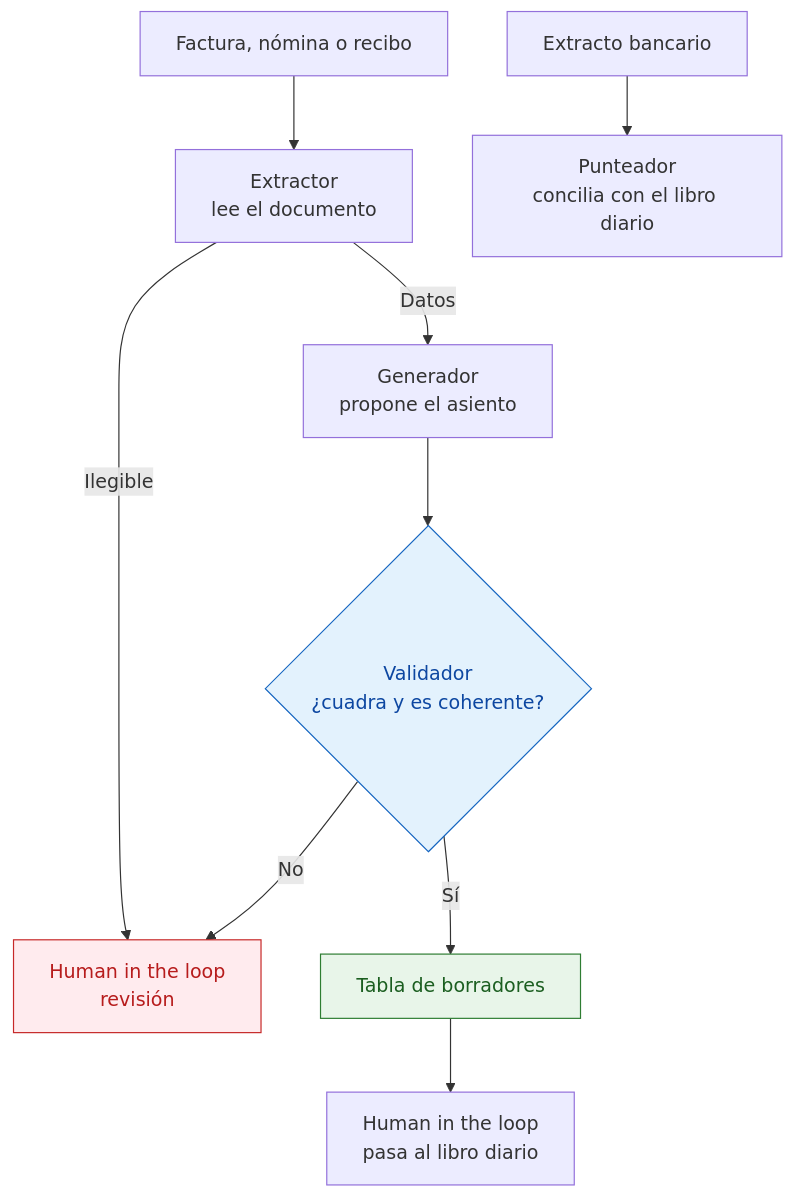
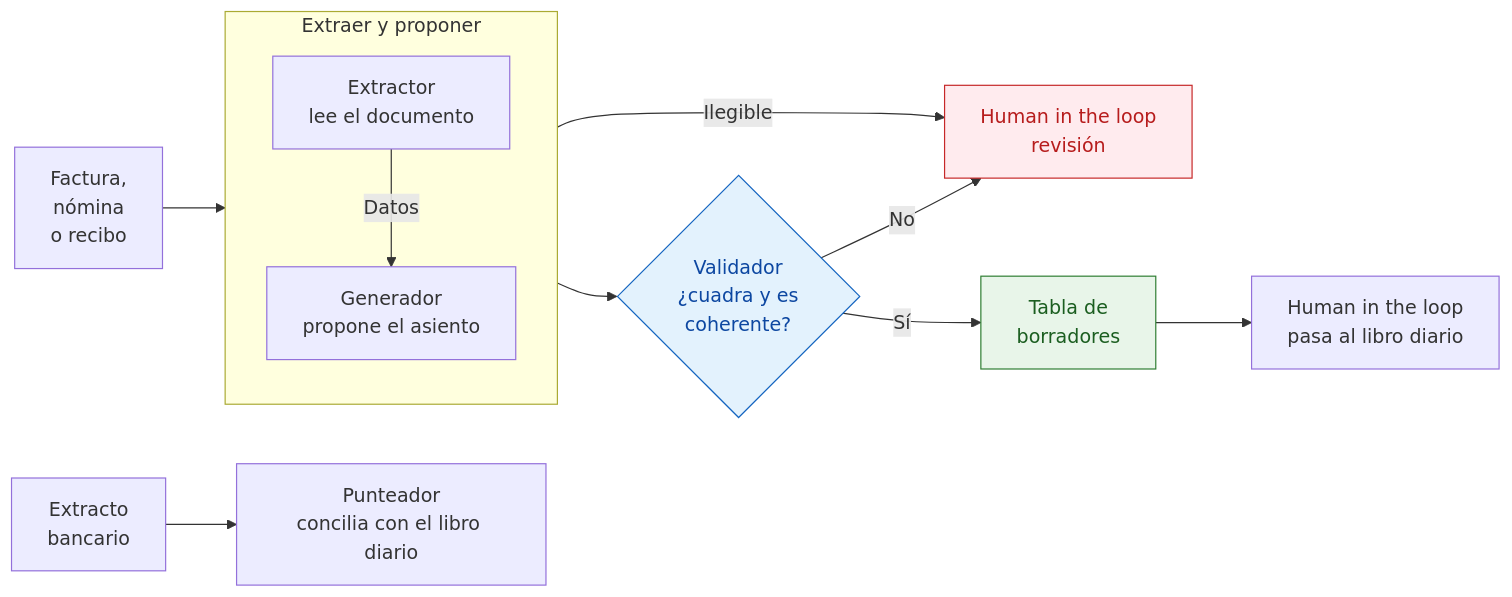
Before and after one commit to jleonceo/accounting-agent-swarm: the diagram in README.md, drawn with Mermaid. The commit also changed 1 other file, not shown here.

Commit message:
Esquema: pasa a horizontal para que ocupe menos de una pantalla
Iba de arriba abajo y ocupaba más de 1.000 píxeles de alto. Ahora va de
izquierda a derecha, con los pasos agrupados en columnas. El contenido de
las cajas es el mismo.

````diff
--- a/README.md
+++ b/README.md
@@ -19,14 +19,17 @@
 ```mermaid
-flowchart TD
-    D[Factura, nómina o recibo] --> E[Extractor<br/>lee el documento]
-    E -->|Ilegible| H[Human in the loop<br/>revisión]
-    E -->|Datos| G[Generador<br/>propone el asiento]
-    G --> V{Validador<br/>¿cuadra y es coherente?}
+flowchart LR
+    D[Factura,<br/>nómina<br/>o recibo] --> S1
+    subgraph S1[Extraer y proponer]
+        direction TB
+        E[Extractor<br/>lee el documento] -->|Datos| G[Generador<br/>propone el asiento]
+    end
+    S1 --> V{Validador<br/>¿cuadra y es<br/>coherente?}
+    S1 -->|Ilegible| H[Human in the loop<br/>revisión]
     V -->|No| H
-    V -->|Sí| BO[Tabla de borradores]
+    V -->|Sí| BO[Tabla de<br/>borradores]
     BO --> H2[Human in the loop<br/>pasa al libro diario]
-    X[Extracto bancario] --> P[Punteador<br/>concilia con el libro diario]
+    X[Extracto<br/>bancario] --> P[Punteador<br/>concilia con el libro diario]
     style V fill:#e3f2fd,stroke:#1565c0,color:#0d47a1
     style BO fill:#e8f5e9,stroke:#2e7d32,color:#1b5e20
     style H fill:#ffebee,stroke:#c62828,color:#b71c1c
 ```
````
